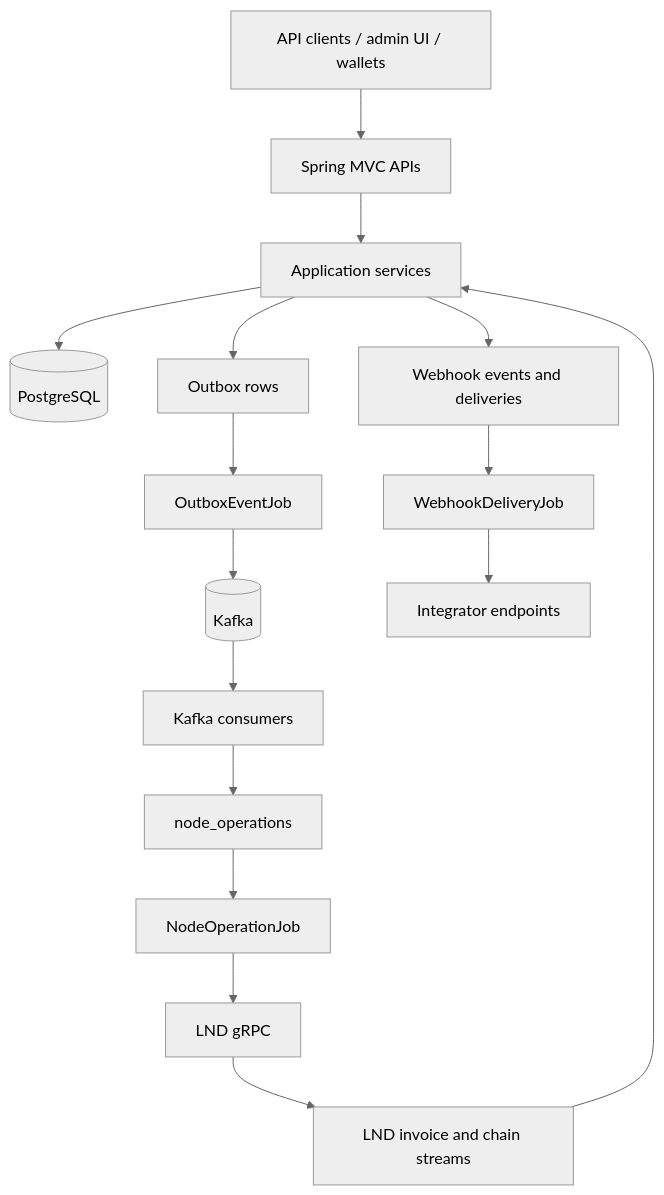
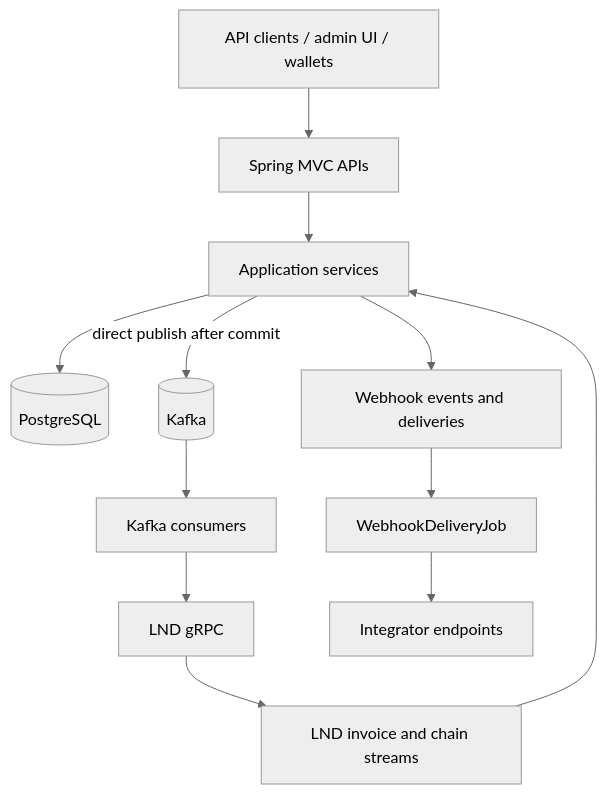
Before and after one commit to DiegoYegros/aratiri: the first of 2 diagrams in README.md, drawn with Mermaid (neutral theme). The commit also changed other lines of this file and 9 other files, not shown here.

First line of the commit message:
docs(architecture): align README, AGENTS, configuration, ADRs with event-driven flow

````diff
--- a/README.md
+++ b/README.md
@@ -18,18 +18,14 @@
 ```mermaid
 flowchart TB
     clients["API clients / admin UI / wallets"] --> http["Spring MVC APIs"]
     http --> app["Application services"]
     app --> db[("PostgreSQL")]
-    app --> outbox["Outbox rows"]
-    outbox --> outboxJob["OutboxEventJob"]
-    outboxJob --> kafka[("Kafka")]
+    app -->|"direct publish after commit"| kafka[("Kafka")]
     kafka --> consumers["Kafka consumers"]
-    consumers --> operations["node_operations"]
-    operations --> nodeJob["NodeOperationJob"]
-    nodeJob --> lnd["LND gRPC"]
+    consumers --> lnd["LND gRPC"]
     lnd --> listeners["LND invoice and chain streams"]
     listeners --> app
     app --> webhooks["Webhook events and deliveries"]
     webhooks --> webhookJob["WebhookDeliveryJob"]
     webhookJob --> integrators["Integrator endpoints"]
 ```
````
